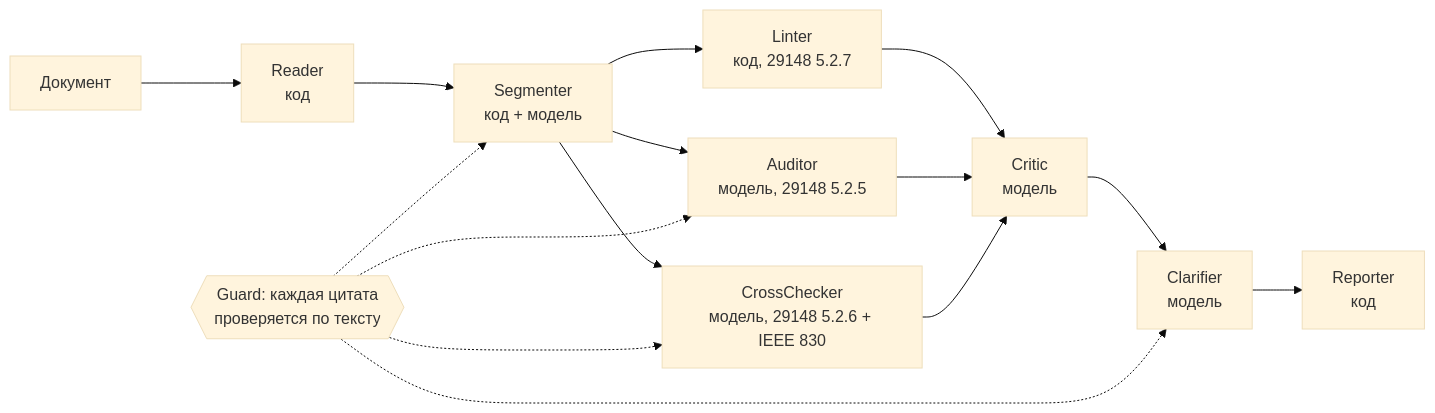
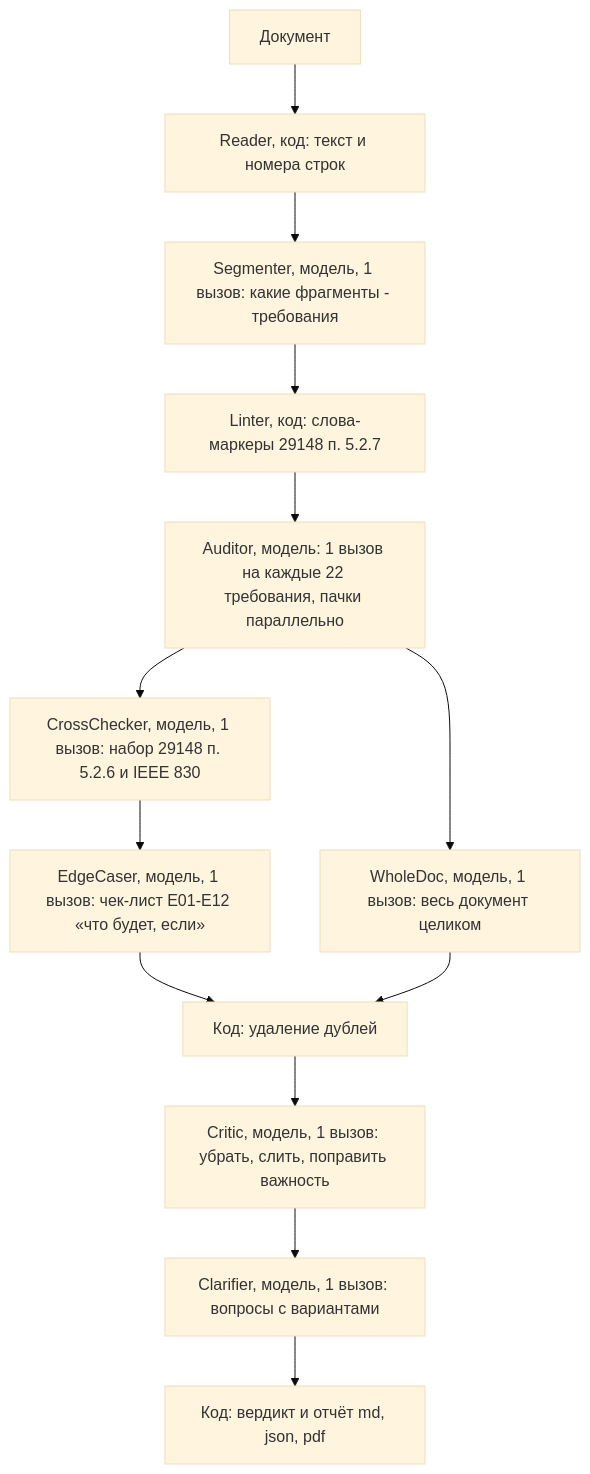
Before and after one commit to l9kk/reqcheck: the diagram in README.md, drawn with Mermaid (base theme). The commit also changed other lines of this file, not shown here.

````diff
--- a/README.md
+++ b/README.md
@@ -79,14 +92,15 @@
 ```mermaid
-flowchart LR
-    A[Документ] --> R[Reader<br/>код]
-    R --> S[Segmenter<br/>код + модель]
-    S --> L[Linter<br/>код, 29148 5.2.7]
-    S --> AU[Auditor<br/>модель, 29148 5.2.5]
-    S --> X[CrossChecker<br/>модель, 29148 5.2.6 + IEEE 830]
-    L --> C[Critic<br/>модель]
-    AU --> C
-    X --> C
-    C --> Q[Clarifier<br/>модель]
-    Q --> P[Reporter<br/>код]
-    G{{Guard: каждая цитата<br/>проверяется по тексту}} -.-> S & AU & X & Q
+flowchart TD
+    D["Документ"] --> R["Reader, код: текст и номера строк"]
+    R --> S["Segmenter, модель, 1 вызов: какие фрагменты - требования"]
+    S --> L["Linter, код: слова-маркеры 29148 п. 5.2.7"]
+    L --> A["Auditor, модель: 1 вызов на каждые 22 требования, пачки параллельно"]
+    A --> X["CrossChecker, модель, 1 вызов: набор 29148 п. 5.2.6 и IEEE 830"]
+    X --> E["EdgeCaser, модель, 1 вызов: чек-лист E01-E12 «что будет, если»"]
+    A --> W["WholeDoc, модель, 1 вызов: весь документ целиком"]
+    E --> U["Код: удаление дублей"]
+    W --> U
+    U --> C["Critic, модель, 1 вызов: убрать, слить, поправить важность"]
+    C --> Q["Clarifier, модель, 1 вызов: вопросы с вариантами"]
+    Q --> P["Код: вердикт и отчёт md, json, pdf"]
 ```
````
